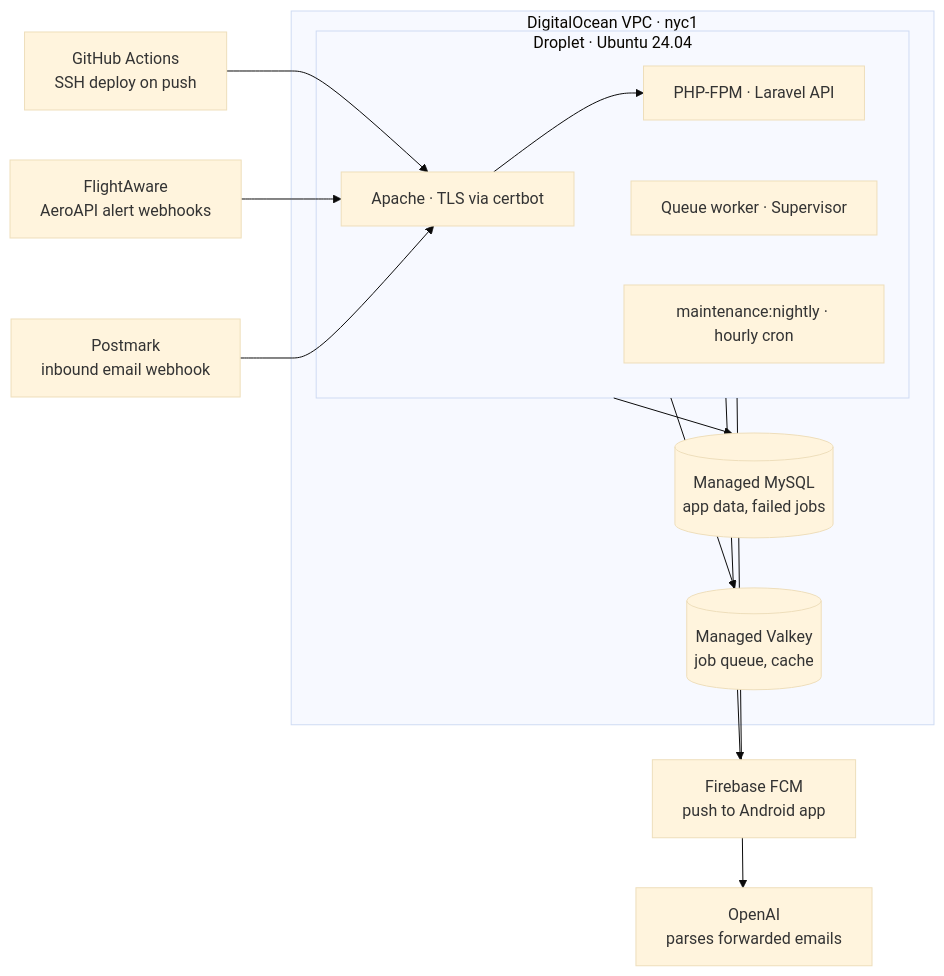
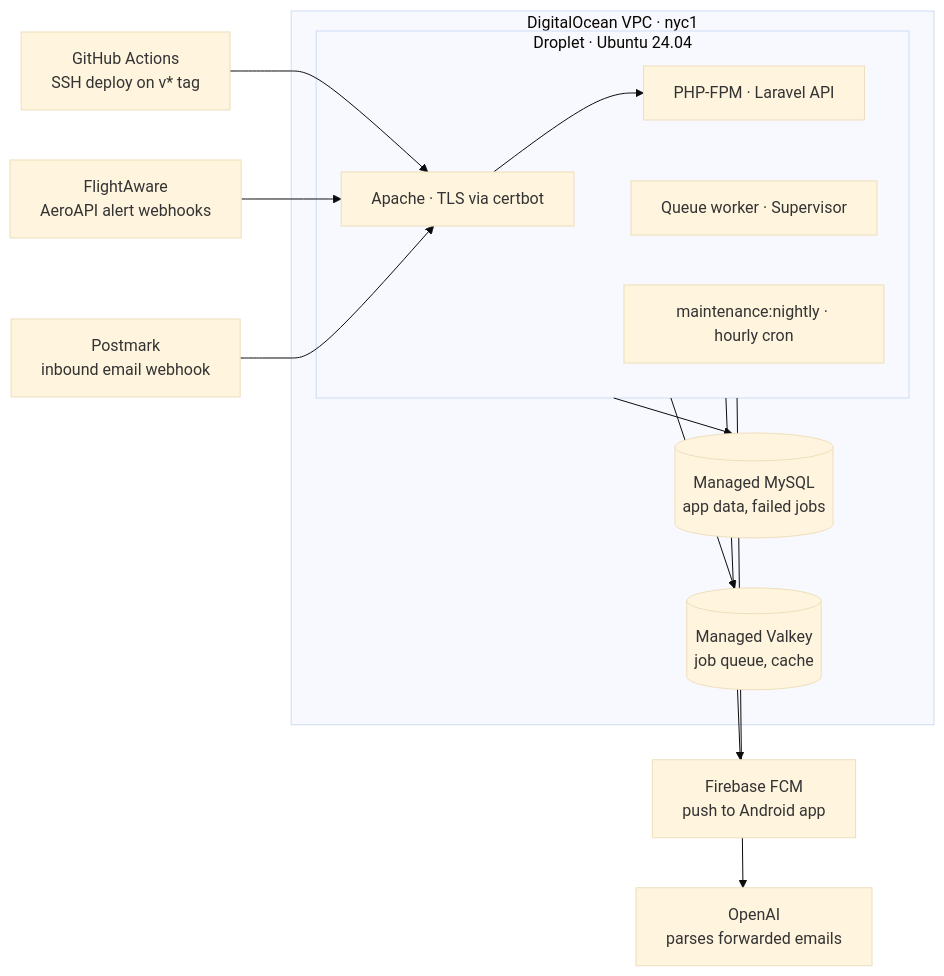
Before and after one commit to rmiller335/chippytrip-api: the first of 2 diagrams in docs/deployment-digitalocean.md, drawn with Mermaid (base theme). The commit also changed other lines of this file, not shown here.

First line of the commit message:
Runbook: deploy on v* tags instead of every push to master

````diff
--- a/docs/deployment-digitalocean.md
+++ b/docs/deployment-digitalocean.md
@@ -24,19 +24,19 @@
 ```mermaid
 flowchart LR
-    GH[GitHub Actions<br/>SSH deploy on push] --> WEB
+    GH[GitHub Actions<br/>SSH deploy on v* tag] --> WEB
     FA[FlightAware<br/>AeroAPI alert webhooks] --> WEB
     PM[Postmark<br/>inbound email webhook] --> WEB
     subgraph VPC[DigitalOcean VPC · nyc1]
         subgraph DROPLET[Droplet · Ubuntu 24.04]
             WEB[Apache · TLS via certbot] --> PHP[PHP-FPM · Laravel API]
             WORKER[Queue worker · Supervisor]
             CRON[maintenance:nightly · hourly cron]
         end
         MYSQL[(Managed MySQL<br/>app data, failed jobs)]
         VALKEY[(Managed Valkey<br/>job queue, cache)]
     end
     DROPLET --> MYSQL
     DROPLET --> VALKEY
     DROPLET --> FCM[Firebase FCM<br/>push to Android app]
     DROPLET --> OAI[OpenAI<br/>parses forwarded emails]
 ```
````
